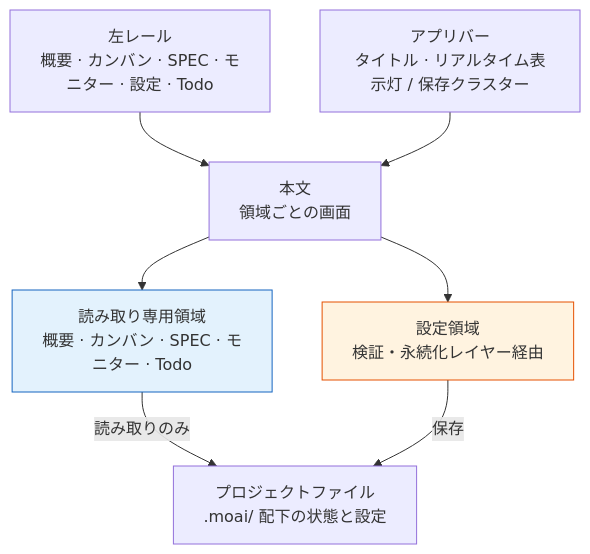
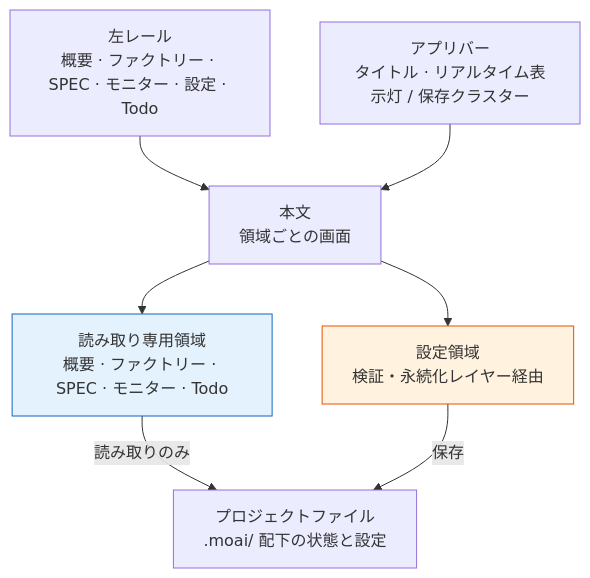
Before and after one commit to modu-ai/moai-adk: the diagram in docs-site/content/ja/advanced/moai-web-console.md, drawn with Mermaid. The commit also changed other lines of this file and 61 other files, not shown here.

````diff
--- a/docs-site/content/ja/advanced/moai-web-console.md
+++ b/docs-site/content/ja/advanced/moai-web-console.md
@@ -32,19 +32,19 @@
 ```mermaid
 flowchart TD
-    Rail["左レール<br/>概要 · カンバン · SPEC · モニター · 設定 · Todo"]
+    Rail["左レール<br/>概要 · ファクトリー · SPEC · モニター · 設定 · Todo"]
     Top["アプリバー<br/>タイトル · リアルタイム表示灯 / 保存クラスター"]
     Body["本文<br/>領域ごとの画面"]
-    Read["読み取り専用領域<br/>概要 · カンバン · SPEC · モニター · Todo"]
+    Read["読み取り専用領域<br/>概要 · ファクトリー · SPEC · モニター · Todo"]
     Write["設定領域<br/>検証・永続化レイヤー経由"]
     Files["プロジェクトファイル<br/>.moai/ 配下の状態と設定"]
 
     Rail --> Body
     Top --> Body
     Body --> Read
     Body --> Write
     Read -->|読み取りのみ| Files
     Write -->|保存| Files
 
     style Read fill:#E3F2FD,stroke:#1565C0
     style Write fill:#FFF3E0,stroke:#E65100
 ```
````
